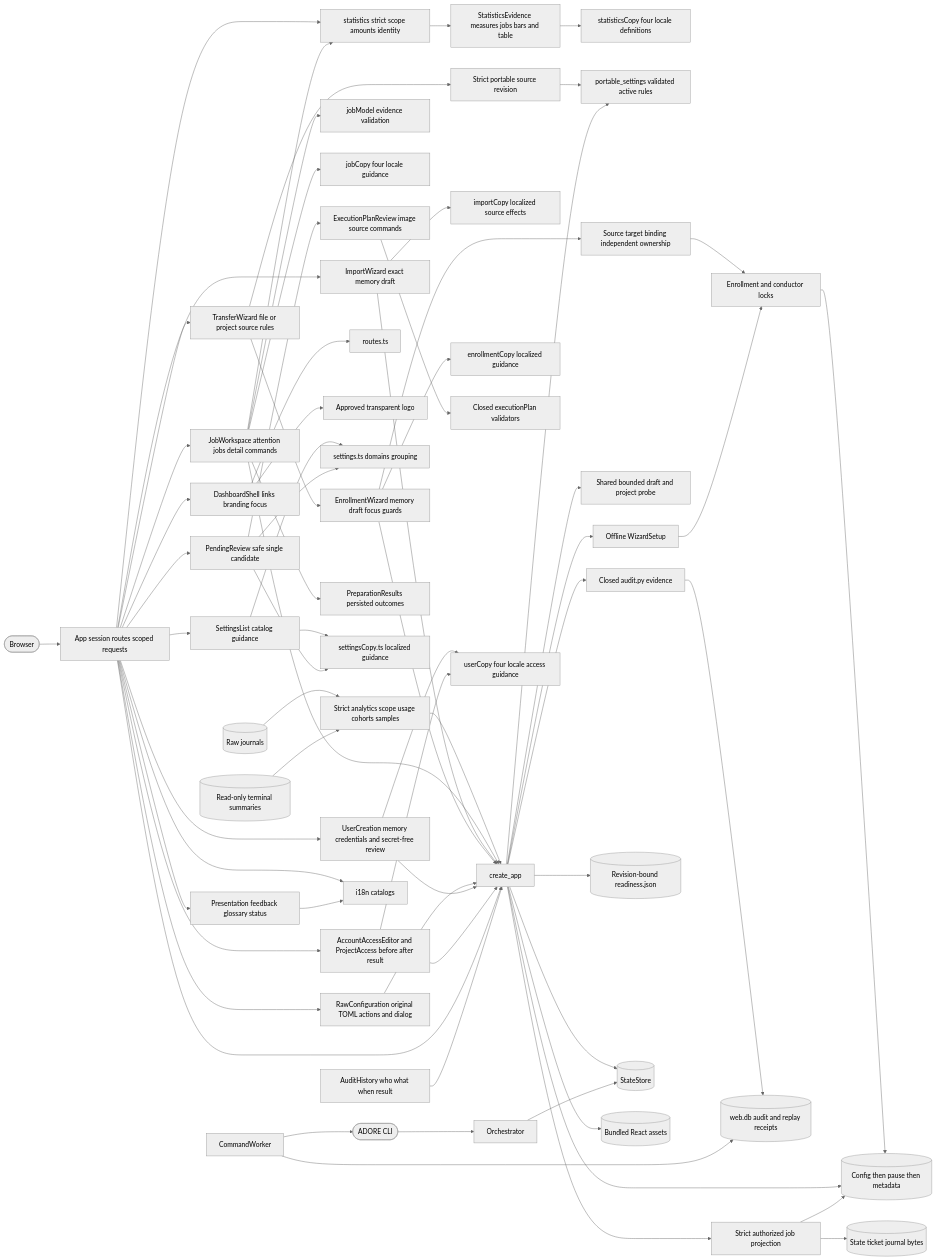
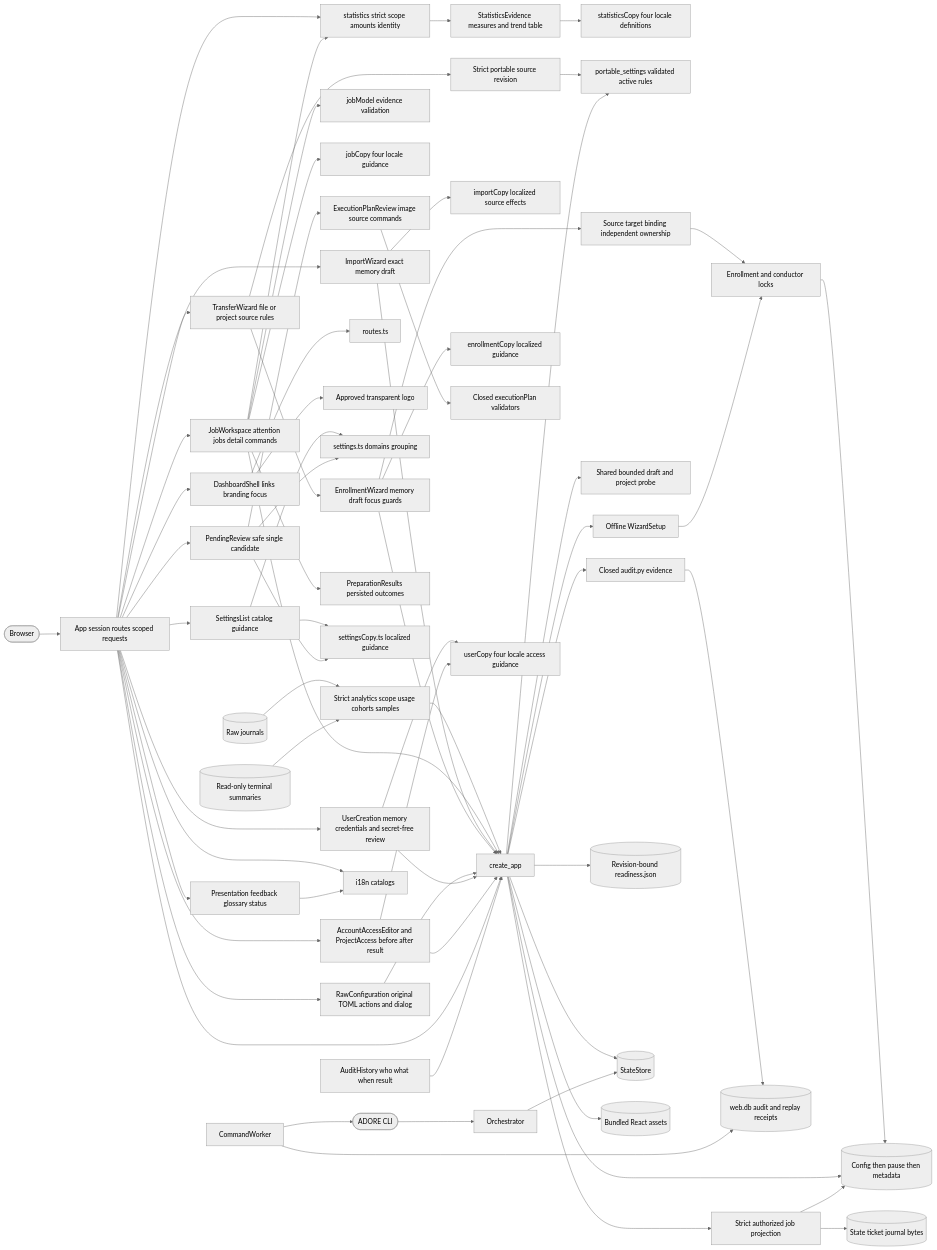
One commit to DDP-Engineering/AgenticDeliveryOrchestratorRuntimeEngine changed the diagram in .agentic/knowledge/web-interface.md. Above: the diagram before and after it, drawn with Mermaid (neutral theme). The commit also changed other lines of this file and 14 other files, not shown here.

````diff
--- a/.agentic/knowledge/web-interface.md
+++ b/.agentic/knowledge/web-interface.md
@@ -538,69 +539,69 @@
 ```mermaid
 flowchart LR
     browser([Browser]) --> App[App session routes scoped requests]
     Journals[(Raw journals)] --> Analytics[Strict analytics scope usage cohorts samples]
     Summaries[(Read-only terminal summaries)] --> Analytics
     Analytics --> api
     App --> StatisticsReader[statistics strict scope amounts identity]
     JobWorkspace --> StatisticsReader
-    StatisticsReader --> Evidence[StatisticsEvidence measures jobs bars and table]
+    StatisticsReader --> Evidence[StatisticsEvidence measures and trend table]
     Evidence --> StatisticsCopy[statisticsCopy four locale definitions]
     App --> DashboardShell[DashboardShell links branding focus]
     App --> Presentation[Presentation feedback glossary status]
     App --> JobWorkspace[JobWorkspace attention jobs detail commands]
     JobWorkspace --> jobModel[jobModel evidence validation]
     JobWorkspace --> jobCopy[jobCopy four locale guidance]
     JobWorkspace --> api
     App --> ImportWizard[ImportWizard exact memory draft]
     ImportWizard --> importCopy[importCopy localized source effects]
     ImportWizard --> api
     App --> TransferWizard[TransferWizard file or project source rules]
     TransferWizard --> EnrollmentWizard[EnrollmentWizard memory draft focus guards]
     TransferWizard --> transferSource[Strict portable source revision]
     transferSource --> portableSource
     EnrollmentWizard --> transferTarget[Source target binding independent ownership]
     transferTarget --> publication
     EnrollmentWizard --> enrollmentCopy[enrollmentCopy localized guidance]
     EnrollmentWizard --> api
     api --> draftProbe[Shared bounded draft and project probe]
     DashboardShell --> routes[routes.ts]
     DashboardShell --> logo[Approved transparent logo]
     App --> SettingsList[SettingsList catalog guidance]
     App --> PendingReview[PendingReview safe single candidate]
     SettingsList --> settings[settings.ts domains grouping]
     PendingReview --> ExecutionPlanReview[ExecutionPlanReview image source commands]
     ExecutionPlanReview --> executionPlan[Closed executionPlan validators]
     JobWorkspace --> PreparationResults[PreparationResults persisted outcomes]
     PendingReview --> settings
     SettingsList --> settingsCopy[settingsCopy.ts localized guidance]
     PendingReview --> settingsCopy
     App --> RawConfiguration[RawConfiguration original TOML actions and dialog]
     RawConfiguration --> api
     api --> portableSource[portable_settings validated active rules]
     App --> UserCreation[UserCreation memory credentials and secret-free review]
     App --> AccessReview[AccountAccessEditor and ProjectAccess before after result]
     UserCreation --> userCopy[userCopy four locale access guidance]
     AccessReview --> userCopy
     UserCreation --> api
     AccessReview --> api
     App --> i18n[i18n catalogs]
     Presentation --> i18n
     App --> api[create_app]
     api --> audit[Closed audit.py evidence]
     audit --> identity[(web.db audit and replay receipts)]
     AuditHistory[AuditHistory who what when result] --> api
     api --> preparation[Offline WizardSetup]
     preparation --> publication[Enrollment and conductor locks]
     publication --> profiles[(Config then pause then metadata)]
     api --> profiles
     api --> verification[(Revision-bound readiness.json)]
     api --> state[(StateStore)]
     api --> jobs[Strict authorized job projection]
     jobs --> sources[(State ticket journal bytes)]
     jobs --> profiles
     api --> assets[(Bundled React assets)]
     worker[CommandWorker] --> identity
     worker --> cli([ADORE CLI])
     cli --> conductor[Orchestrator]
     conductor --> state
 ```
````
